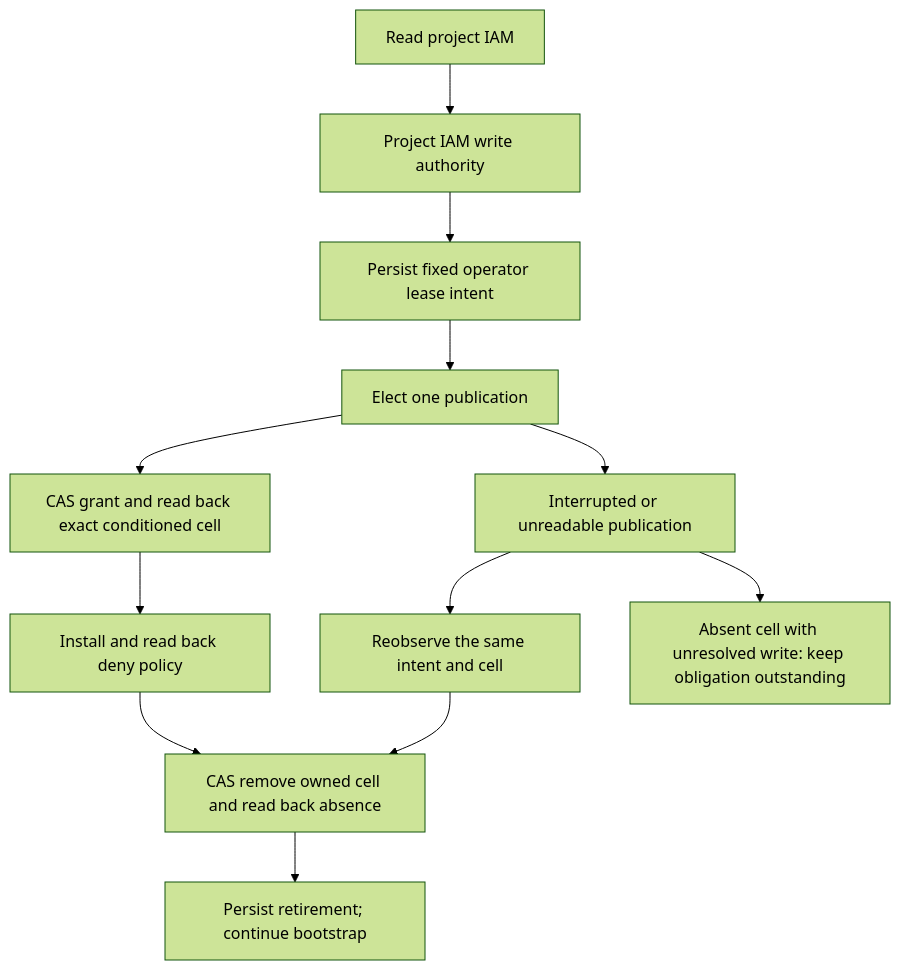
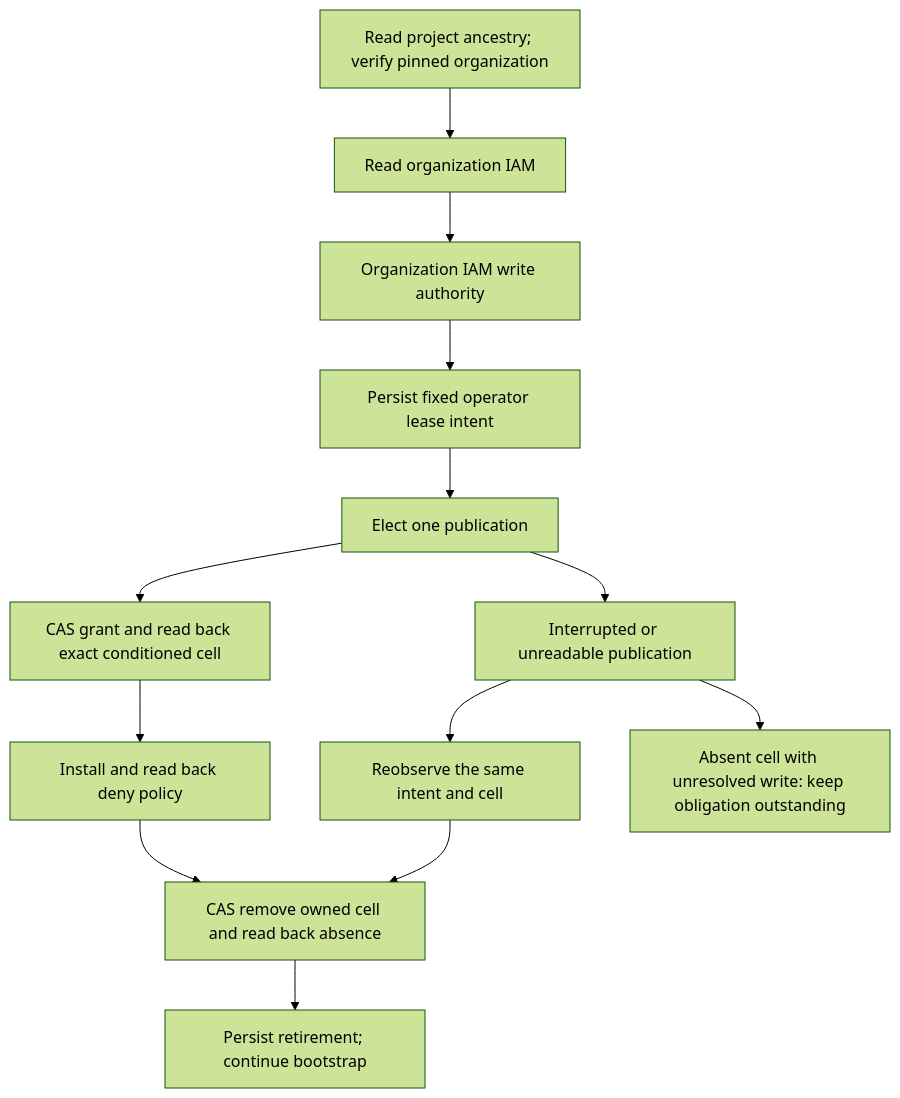
The diagram in docs/plans/gcp-iam-bootstrap.md (gunb-ai/gunbc), drawn with Mermaid (forest theme) before and after one commit. The commit also changed other lines of this file and 4 other files, not shown here.

Commit message:
Bind deny authority to verified organization ancestry and bounded convergence

````diff
--- a/docs/plans/gcp-iam-bootstrap.md
+++ b/docs/plans/gcp-iam-bootstrap.md
@@ -129,14 +129,15 @@
 ```mermaid
 flowchart TD
-  R[Read project IAM] --> W[Project IAM write authority]
+  P[Read project ancestry; verify pinned organization] --> R[Read organization IAM]
+  R --> W[Organization IAM write authority]
   W --> I[Persist fixed operator lease intent]
   I --> E[Elect one publication]
   E --> G[CAS grant and read back exact conditioned cell]
   G --> D[Install and read back deny policy]
   D --> C[CAS remove owned cell and read back absence]
   C --> T[Persist retirement; continue bootstrap]
   E --> U[Interrupted or unreadable publication]
   U --> O[Reobserve the same intent and cell]
   O --> C
   U --> Q[Absent cell with unresolved write: keep obligation outstanding]
 ```
````
